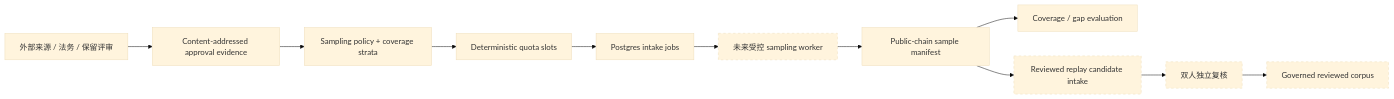
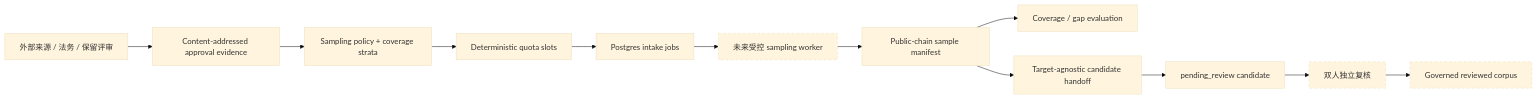
The first of 2 diagrams in docs/evm-chain-analysis-sampling.md (spencer17x/xxyy-ask), drawn with Mermaid (base theme) before and after one commit. The commit also changed other lines of this file and 25 other files, not shown here.

Commit message:
docs(knowledge): document sampling manifest handoff flow

````diff
--- a/docs/evm-chain-analysis-sampling.md
+++ b/docs/evm-chain-analysis-sampling.md
@@ -17,18 +17,18 @@
 ```mermaid
 flowchart LR
   ExternalReview["外部来源 / 法务 / 保留评审"] --> Approval["Content-addressed approval evidence"]
   Approval --> Policy["Sampling policy + coverage strata"]
   Policy --> Plan["Deterministic quota slots"]
   Plan --> Jobs["Postgres intake jobs"]
   Jobs --> Worker["未来受控 sampling worker"]
   Worker --> Manifest["Public-chain sample manifest"]
   Manifest --> Coverage["Coverage / gap evaluation"]
-  Manifest --> Candidate["Reviewed replay candidate intake"]
+  Manifest --> Handoff["Target-agnostic candidate handoff"]
+  Handoff --> Candidate["pending_review candidate"]
   Candidate --> Review["双人独立复核"]
   Review --> Corpus["Governed reviewed corpus"]
 
   style Worker stroke-dasharray: 5 5
-  style Candidate stroke-dasharray: 5 5
   style Review stroke-dasharray: 5 5
   style Corpus stroke-dasharray: 5 5
 ```
````
